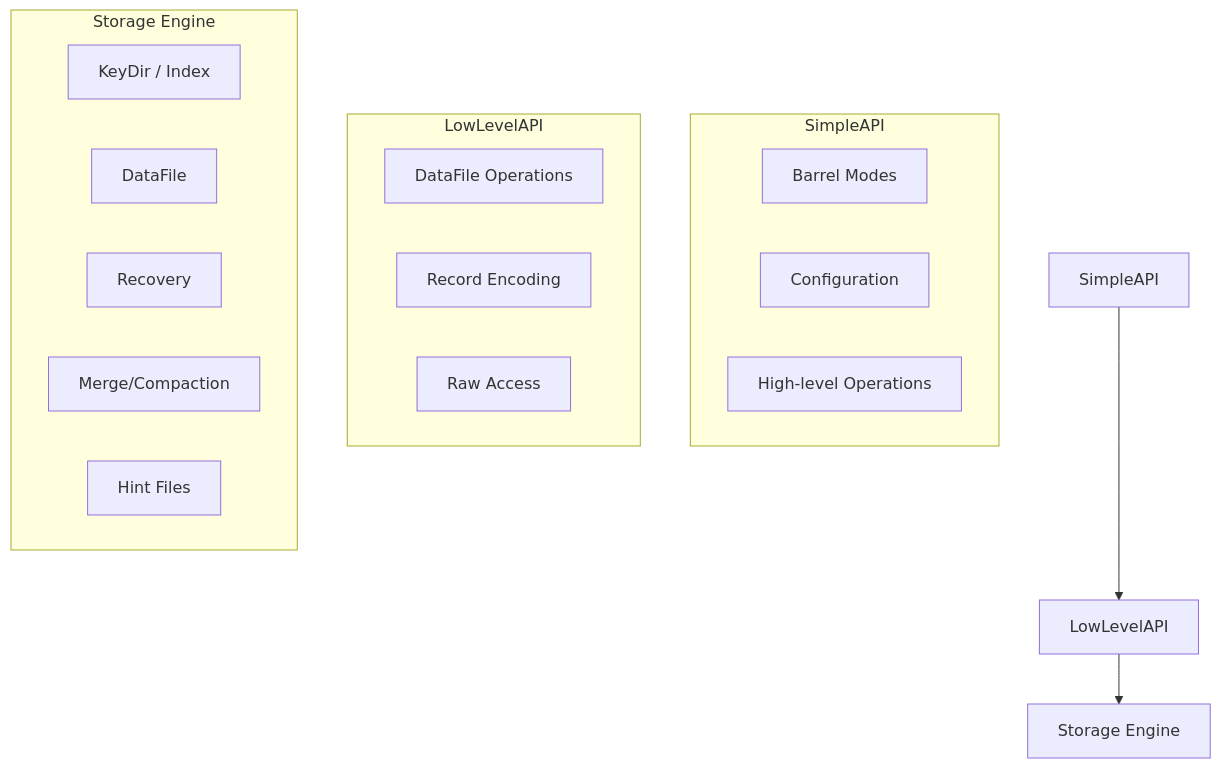
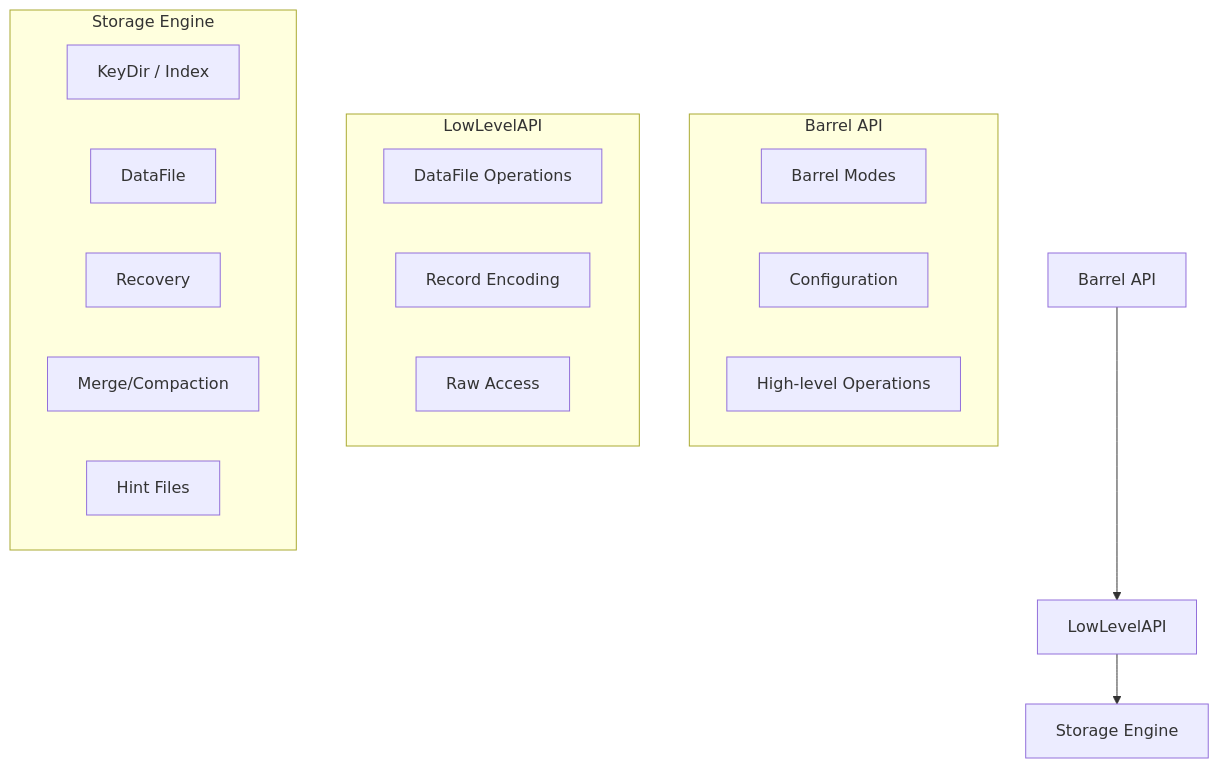
The first of 4 diagrams in ARTICLE.md (gokr/bitbarrel), drawn with Mermaid before and after one commit. The commit also changed other lines of this file and 17 other files, not shown here.

First line of the commit message:
Rename SimpleAPI to Barrel API and fix performance documentation

````diff
--- a/ARTICLE.md
+++ b/ARTICLE.md
@@ -263,25 +263,25 @@
 ```mermaid
 graph TB
-    A[SimpleAPI] --> B[LowLevelAPI]
+    A[Barrel API] --> B[LowLevelAPI]
     B --> C[Storage Engine]
 
-    subgraph "SimpleAPI"
+    subgraph "Barrel API"
         A1[Barrel Modes]
         A2[Configuration]
         A3[High-level Operations]
     end
 
     subgraph "LowLevelAPI"
         B1[DataFile Operations]
         B2[Record Encoding]
         B3[Raw Access]
     end
 
     subgraph "Storage Engine"
         C1[KeyDir / Index]
         C2[DataFile]
         C3[Recovery]
         C4[Merge/Compaction]
         C5[Hint Files]
     end
 ```
````
